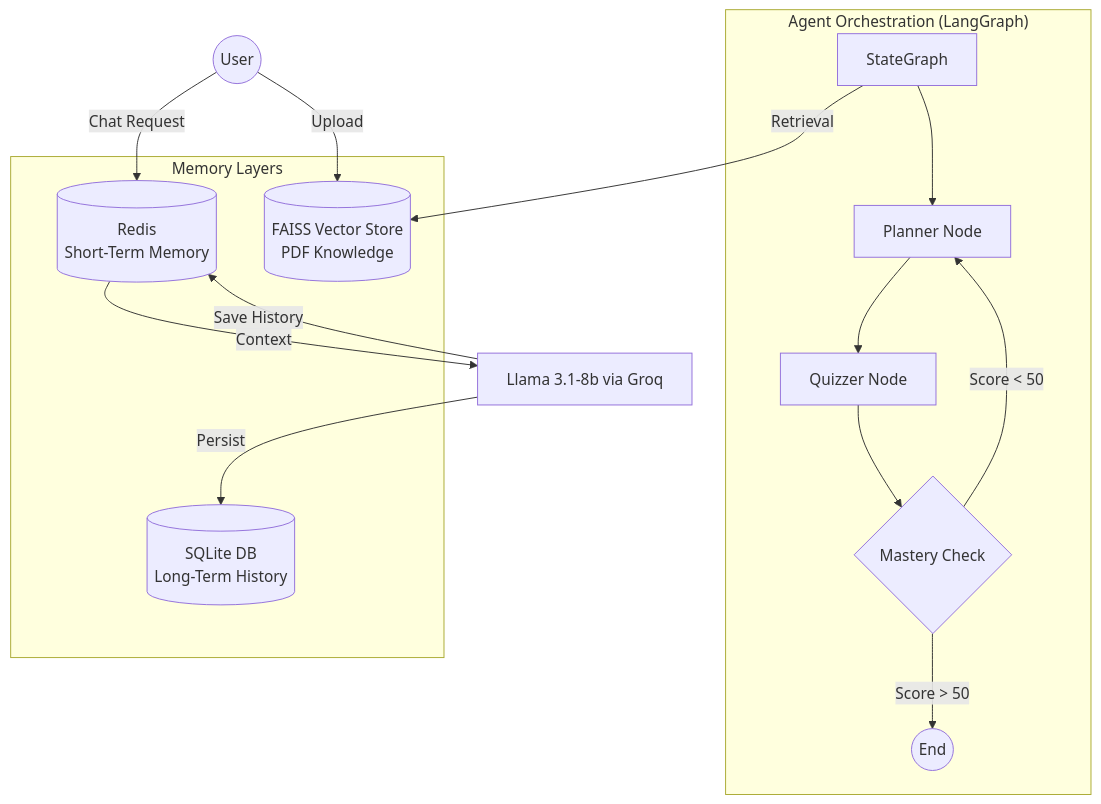
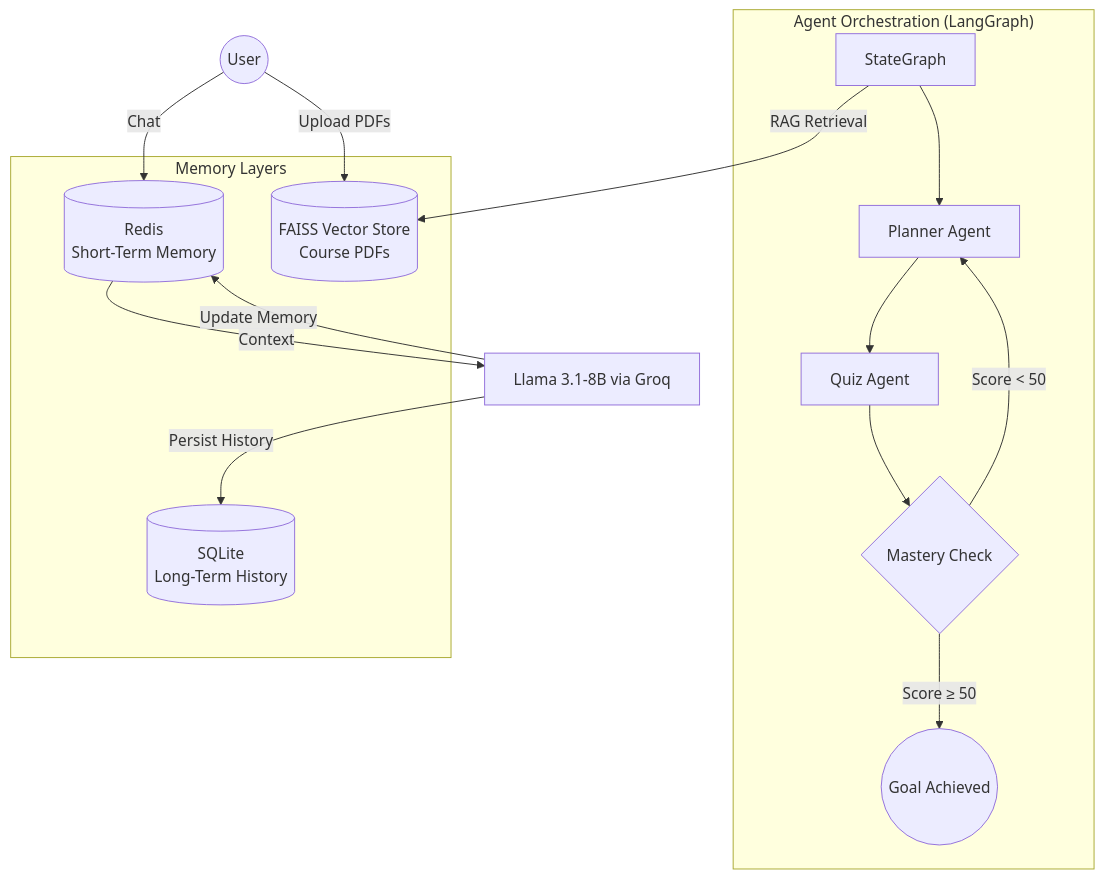
One commit to Abishek0070/Personalized-Learning-Copilot-for-Core-Courses changed the diagram in README.md. Above: the diagram before and after it, drawn with Mermaid. The commit also changed other lines of this file, not shown here.

Commit message:
Revise README

````diff
--- a/README.md
+++ b/README.md
@@ -37,32 +37,32 @@
 ```mermaid
 graph TD
     User((User))
     
     subgraph "Agent Orchestration (LangGraph)"
         Graph[StateGraph]
-        Planner[Planner Node]
-        Quizzer[Quizzer Node]
+        Planner[Planner Agent]
+        Quizzer[Quiz Agent]
         RePlan{Mastery Check}
         
         Graph --> Planner
         Planner --> Quizzer
         Quizzer --> RePlan
         RePlan -->|Score < 50| Planner
-        RePlan -->|Score > 50| END((End))
+        RePlan -->|Score ≥ 50| END((Goal Achieved))
     end
     
     subgraph "Memory Layers"
         Redis[(Redis\nShort-Term Memory)]
-        SQL[(SQLite DB\nLong-Term History)]
-        Vector[(FAISS Vector Store\nPDF Knowledge)]
+        SQL[(SQLite\nLong-Term History)]
+        Vector[(FAISS Vector Store\nCourse PDFs)]
     end
     
-    User --> |Chat Request| Redis
-    Redis --> |Context| Llama[Llama 3.1-8b via Groq]
-    Llama --> |Save History| Redis
-    Llama --> |Persist| SQL
+    User --> |Chat| Redis
+    Redis --> |Context| Llama[Llama 3.1-8B via Groq]
+    Llama --> |Update Memory| Redis
+    Llama --> |Persist History| SQL
     
-    User --> |Upload| Vector
-    Graph --> |Retrieval| Vector
+    User --> |Upload PDFs| Vector
+    Graph --> |RAG Retrieval| Vector
 
 ```
````
